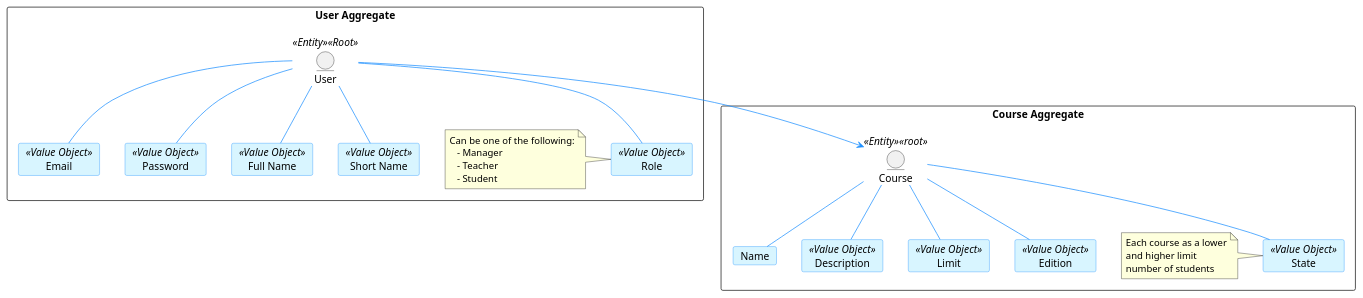
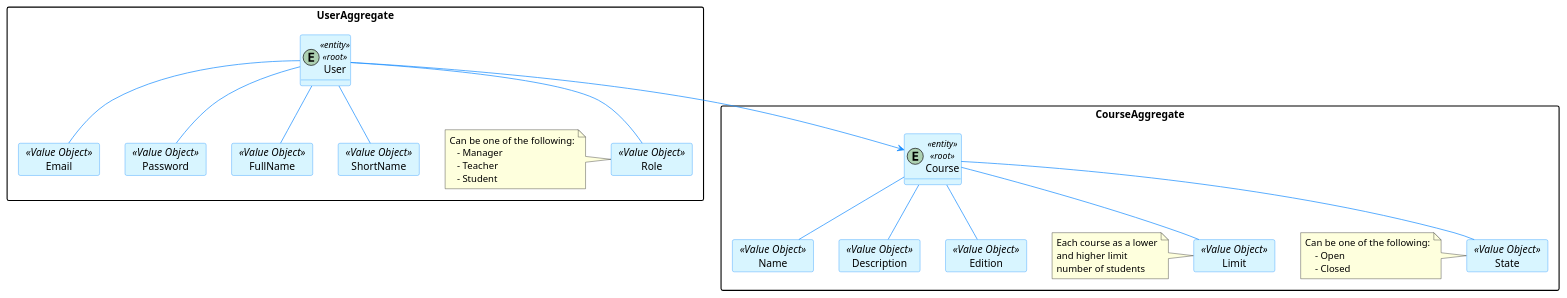
One commit to brunacosta03/sem4pi_22_23 changed the diagram in docs/1211201/DomainModel.puml. Above: the diagram before and after it, drawn with PlantUML.

Commit message:
fix: no more weird looking entities #2

```diff
--- a/docs/1211201/DomainModel.puml
+++ b/docs/1211201/DomainModel.puml
@@ -1,75 +1,89 @@
-@startuml
-'https://plantuml.com/class-diagram
+@startuml "User and Course Aggregates"
 
 hide methods
 
 skinparam classAttributeIconSize 0
 
 skinparam class {
     LifeLineBorderColor DodgerBlue
     LifeLineBackgroundColor APPLICATION
     BackgroundColor #D8F5FF
     ArrowColor DodgerBlue
     BorderColor DodgerBlue
 }
 
 skinparam packageStyle rectangle
 skinparam card {
     LifeLineBorderColor DodgerBlue
     LifeLineBackgroundColor APPLICATION
     BackgroundColor #D8F5FF
     ArrowColor DodgerBlue
     BorderColor DodgerBlue
 }
 
 
-package "User Aggregate"{
+package UserAggregate{
+    entity User <<entity>><<root>>
 
-    entity User <<Entity>> <<Root>> as user
+    card Email <<Value Object>>{
+    }
+    card Password <<Value Object>>{
+    }
+    card FullName <<Value Object>>{
+    }
+    card ShortName <<Value Object>>{
+    }
+    card Role <<Value Object>>{
+    }
 
-    card Email <<Value Object>> as email
-    card Password <<Value Object>> as pass
-    card "Full Name" <<Value Object>> as fn
-    card "Short Name" <<Value Object>> as sn
-    card Role <<Value Object>> as role
+    User -- Email
+    User -- Password
+    User -- FullName
+    User -- ShortName
+    User -- Role
 
-    user -- email
-    user -- pass
-    user -- fn
-    user -- sn
-    user -- role
-
-    note left of role
+    note left of Role
          Can be one of the following:
             - Manager
             - Teacher
             - Student
     end note
 
 }
 
-package "Course Aggregate"{
-    entity Course <<Entity>> <<root>> as course
+package CourseAggregate{
+    entity Course <<entity>><<root>>
 
-    card Name as cname
-    card State <<Value Object>> as cstate
-    card Description <<Value Object>> as cdesc
-    card Limit <<Value Object>> as climit
-    card Edition <<Value Object>> as cedit
+    card Name <<Value Object>>{
+    }
+    card State <<Value Object>>{
+    }
+    card Description <<Value Object>>{
+    }
+    card Limit <<Value Object>>{
+    }
+    card Edition <<Value Object>>{
+    }
 
-    course -- cname
-    course -- cstate
-    course -- cdesc
-    course -- climit
-    course -- cedit
+    Course -- Name
+    Course -- State
+    Course -- Description
+    Course -- Limit
+    Course -- Edition
 
-    note left of cstate
+    note left of State
+        Can be one of the following:
+            - Open
+            - Closed
+    end note
+
+    note left of Limit
         Each course as a lower
         and higher limit
         number of students
     end note
 }
 
-    user --> course
+    User --> Course
 
 @enduml
```
